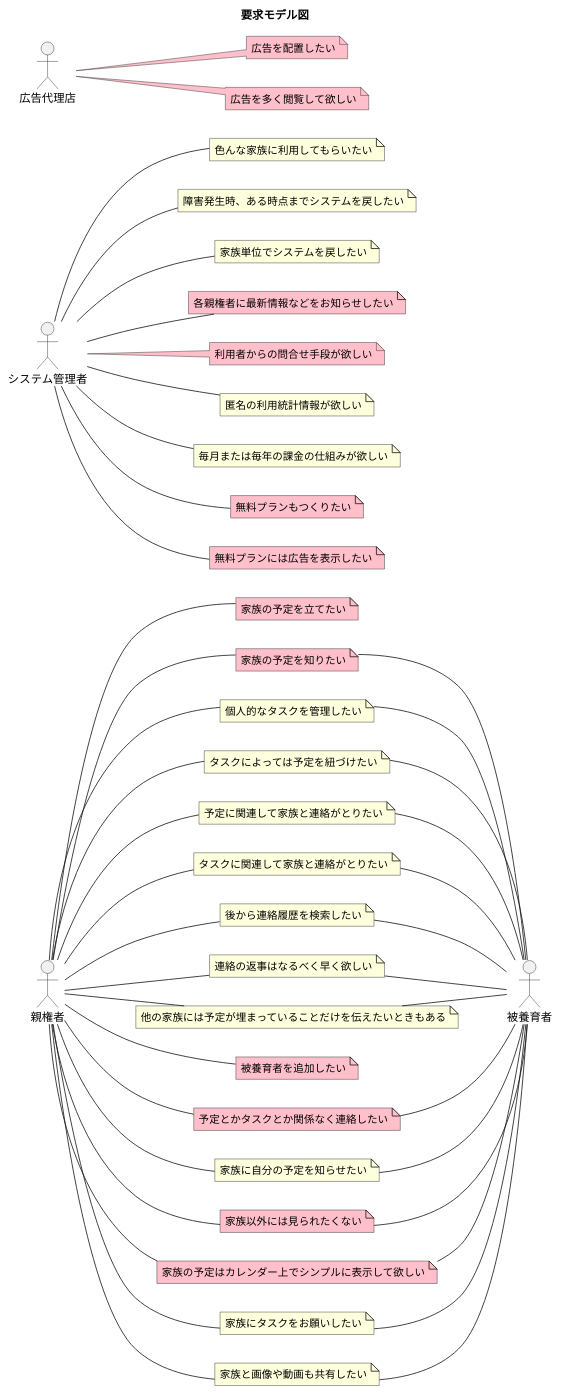
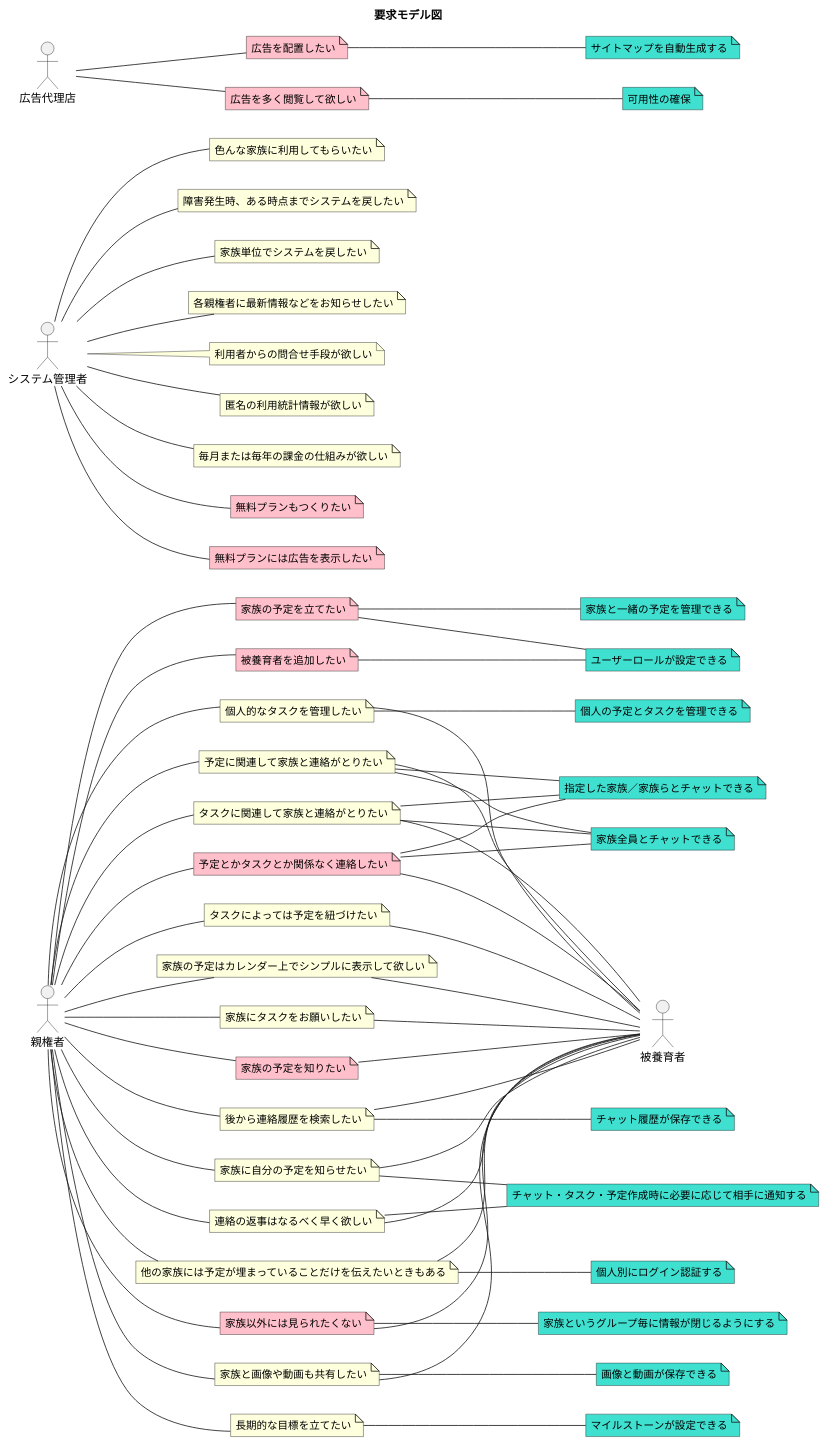
The diagram in docs/RDRA2s/requirement-model-diagram.puml (kusa-mochi/family-dashboard), drawn with PlantUML before and after one commit.

Commit message:
add system requirements.

```diff
--- a/docs/RDRA2s/requirement-model-diagram.puml
+++ b/docs/RDRA2s/requirement-model-diagram.puml
@@ -1,86 +1,121 @@
 @startuml requirement-model-diagram
 
 title 要求モデル図
 left to right direction
 
 actor 親権者
 note "家族の予定を立てたい" as yk1_1 #Pink
 note "家族の予定を知りたい" as yk1_2 #Pink
 note "個人的なタスクを管理したい" as yk1_3
 note "タスクによっては予定を紐づけたい" as yk1_4
 note "予定に関連して家族と連絡がとりたい" as yk1_5
 note "タスクに関連して家族と連絡がとりたい" as yk1_6
 note "後から連絡履歴を検索したい" as yk1_7
 note "連絡の返事はなるべく早く欲しい" as yk1_8
 note "他の家族には予定が埋まっていることだけを伝えたいときもある" as yk1_9
 note "被養育者を追加したい" as yk1_10 #Pink
 note "予定とかタスクとか関係なく連絡したい" as yk1_11 #Pink
 note "家族に自分の予定を知らせたい" as yk1_12
 note "家族以外には見られたくない" as yk1_13 #Pink
-note "家族の予定はカレンダー上でシンプルに表示して欲しい" as yk1_14 #Pink
+note "家族の予定はカレンダー上でシンプルに表示して欲しい" as yk1_14
 note "家族にタスクをお願いしたい" as yk1_15
 note "家族と画像や動画も共有したい" as yk1_16
+note "長期的な目標を立てたい" as yk1_17
+note "個人の予定とタスクを管理できる" as yk1_yoken_1 #Turquoise
+note "家族と一緒の予定を管理できる" as yk1_yoken_2 #Turquoise
+note "個人別にログイン認証する" as yk1_yoken_3 #Turquoise
+note "ユーザーロールが設定できる" as yk1_yoken_4 #Turquoise
+note "マイルストーンが設定できる" as yk1_yoken_5 #Turquoise
+note "画像と動画が保存できる" as yk1_yoken_6 #Turquoise
+note "指定した家族／家族らとチャットできる" as yk1_yoken_7 #Turquoise
+note "家族全員とチャットできる" as yk1_yoken_8 #Turquoise
+note "家族というグループ毎に情報が閉じるようにする" as yk1_yoken_9 #Turquoise
+note "チャット・タスク・予定作成時に必要に応じて相手に通知する" as yk1_yoken_10 #Turquoise
+note "チャット履歴が保存できる" as yk1_yoken_11 #Turquoise
 
 actor 被養育者
 
 actor システム管理者
 note "色んな家族に利用してもらいたい" as kanri_1
 note "障害発生時、ある時点までシステムを戻したい" as kanri_2
 note "家族単位でシステムを戻したい" as kanri_3
-note "各親権者に最新情報などをお知らせしたい" as kanri_4 #Pink
-note "利用者からの問合せ手段が欲しい" as kanri_5 #Pink
+note "各親権者に最新情報などをお知らせしたい" as kanri_4
+note "利用者からの問合せ手段が欲しい" as kanri_5
 note "匿名の利用統計情報が欲しい" as kanri_6
 note "毎月または毎年の課金の仕組みが欲しい" as kanri_7
 note "無料プランもつくりたい" as kanri_8 #Pink
 note "無料プランには広告を表示したい" as kanri_9 #Pink
 
 actor 広告代理店
 note "広告を配置したい" as adv_1 #Pink
 note "広告を多く閲覧して欲しい" as adv_2 #Pink
+note "サイトマップを自動生成する" as adv_yoken_1 #Turquoise
+note "可用性の確保" as adv_yoken_2 #Turquoise
 
 親権者 -- yk1_1
 親権者 -- yk1_2
 親権者 -- yk1_3
 親権者 -- yk1_4
 親権者 -- yk1_5
 親権者 -- yk1_6
 親権者 -- yk1_7
 親権者 -- yk1_8
 親権者 -- yk1_9
 親権者 -- yk1_10
 親権者 -- yk1_11
 親権者 -- yk1_12
 親権者 -- yk1_13
 親権者 -- yk1_14
 親権者 -- yk1_15
 親権者 -- yk1_16
+親権者 -- yk1_17
 
 yk1_2 -- 被養育者
 yk1_3 -- 被養育者
 yk1_4 -- 被養育者
 yk1_5 -- 被養育者
 yk1_6 -- 被養育者
 yk1_7 -- 被養育者
 yk1_8 -- 被養育者
 yk1_9 -- 被養育者
 yk1_11 -- 被養育者
 yk1_12 -- 被養育者
 yk1_13 -- 被養育者
 yk1_14 -- 被養育者
 yk1_15 -- 被養育者
 yk1_16 -- 被養育者
 
+yk1_3 -- yk1_yoken_1
+yk1_1 -- yk1_yoken_4
+yk1_10 -- yk1_yoken_4
+yk1_9 -- yk1_yoken_3
+yk1_1 -- yk1_yoken_2
+yk1_17 -- yk1_yoken_5
+yk1_16 -- yk1_yoken_6
+yk1_6 -- yk1_yoken_7
+yk1_5 -- yk1_yoken_7
+yk1_11 -- yk1_yoken_7
+yk1_6 -- yk1_yoken_8
+yk1_5 -- yk1_yoken_8
+yk1_11 -- yk1_yoken_8
+yk1_13 -- yk1_yoken_9
+yk1_12 -- yk1_yoken_10
+yk1_7 -- yk1_yoken_11
+yk1_8 -- yk1_yoken_10
+
 システム管理者 -- kanri_1
 システム管理者 -- kanri_2
 システム管理者 -- kanri_3
 システム管理者 -- kanri_4
 システム管理者 -- kanri_5
 システム管理者 -- kanri_6
 システム管理者 -- kanri_7
 システム管理者 -- kanri_8
 システム管理者 -- kanri_9
 
 広告代理店 -- adv_1
 広告代理店 -- adv_2
+adv_1 -- adv_yoken_1
+adv_2 -- adv_yoken_2
 
 @enduml
```
